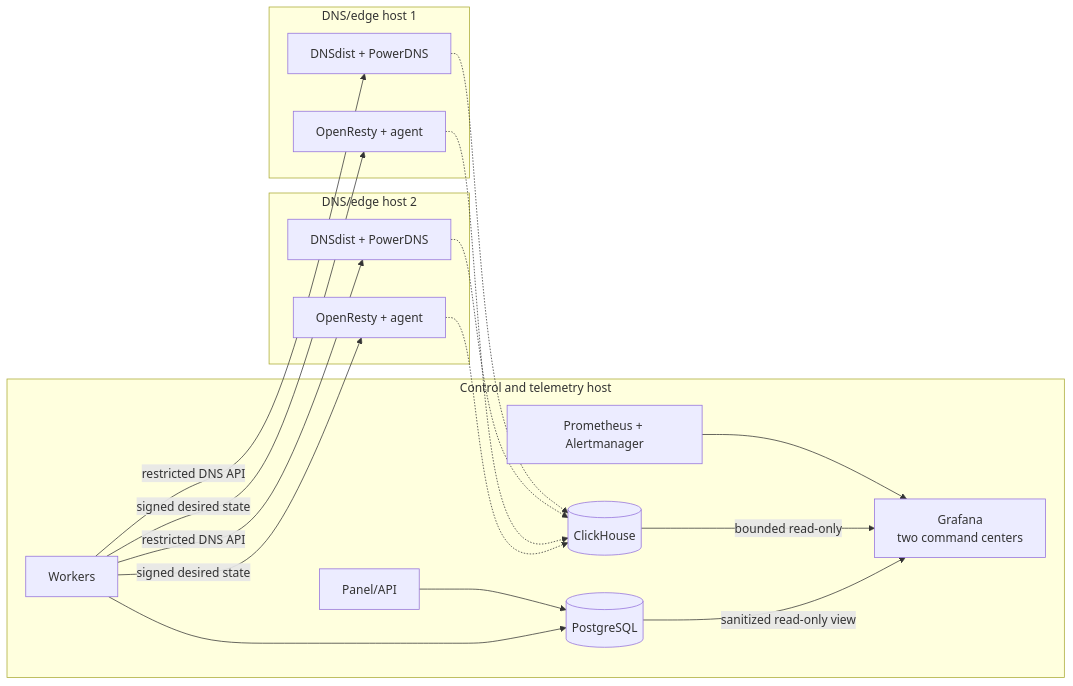
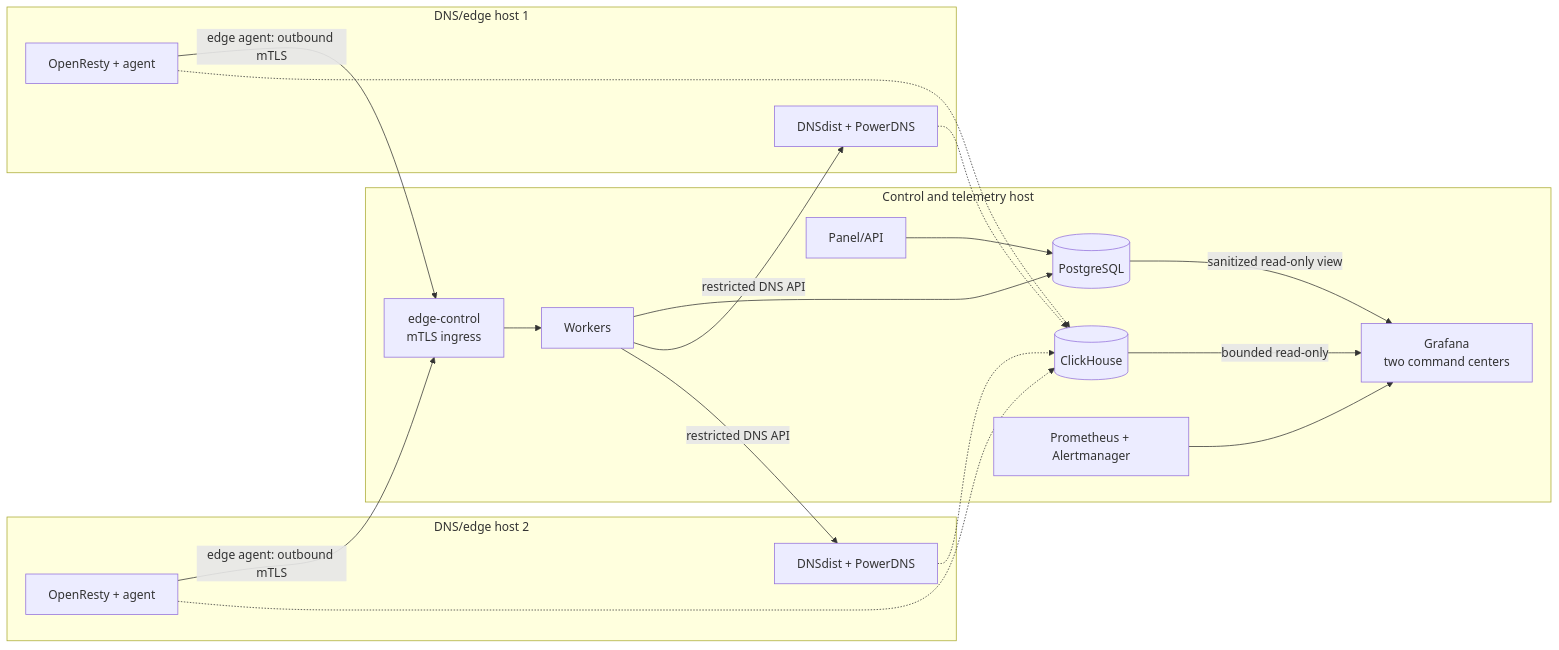
Before and after one commit to vaheed/CDNFoundry: the second of 2 diagrams in docs/getting-started/private-cdn-design.md, drawn with Mermaid. The commit also changed 8 other files, not shown here.

Commit message:
feat: update CI workflow job name; enhance documentation with edge-control mTLS ingress details and related flowcharts

````diff
--- a/docs/getting-started/private-cdn-design.md
+++ b/docs/getting-started/private-cdn-design.md
@@ -172,32 +172,34 @@
 ```mermaid
 flowchart LR
     subgraph ControlHost["Control and telemetry host"]
       Web["Panel/API"]
       Workers["Workers"]
+      EdgeControl["edge-control<br/>mTLS ingress"]
       ControlDB[("PostgreSQL")]
       Telemetry[("ClickHouse")]
       Metrics["Prometheus + Alertmanager"]
       Grafana["Grafana<br/>two command centers"]
       Web --> ControlDB
       Workers --> ControlDB
       Metrics --> Grafana
       Telemetry -->|"bounded read-only"| Grafana
       ControlDB -->|"sanitized read-only view"| Grafana
     end
     subgraph POP1["DNS/edge host 1"]
       NS1["DNSdist + PowerDNS"]
       Edge1["OpenResty + agent"]
     end
     subgraph POP2["DNS/edge host 2"]
       NS2["DNSdist + PowerDNS"]
       Edge2["OpenResty + agent"]
     end
     Workers -->|"restricted DNS API"| NS1
     Workers -->|"restricted DNS API"| NS2
-    Workers -->|"signed desired state"| Edge1
-    Workers -->|"signed desired state"| Edge2
+    Edge1 -->|"edge agent: outbound mTLS"| EdgeControl
+    Edge2 -->|"edge agent: outbound mTLS"| EdgeControl
+    EdgeControl --> Workers
     NS1 -.-> Telemetry
     NS2 -.-> Telemetry
     Edge1 -.-> Telemetry
     Edge2 -.-> Telemetry
 ```
````
